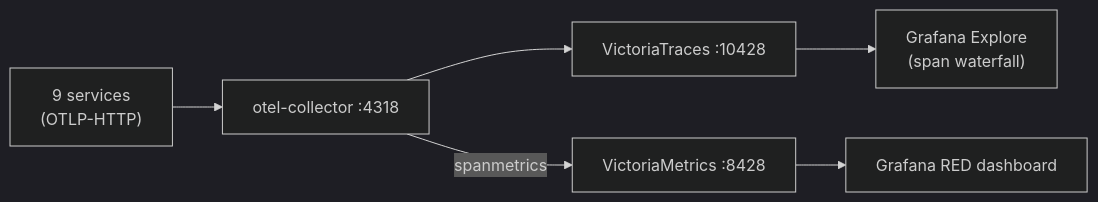
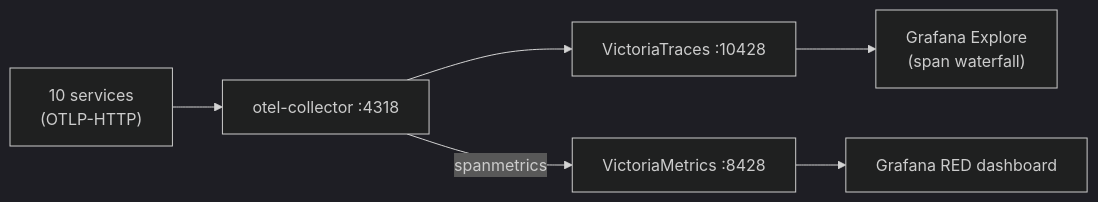
One commit to duynhlab/homelab changed the second of 2 diagrams in local-stack/README.md. Above: the diagram before and after it, drawn with Mermaid (dark theme). The commit also changed other lines of this file and 16 other files, not shown here.

````diff
--- a/local-stack/README.md
+++ b/local-stack/README.md
@@ -234,8 +270,8 @@
 ```mermaid
 flowchart LR
-    SVC["9 services<br/>(OTLP-HTTP)"] --> COL["otel-collector :4318"]
+    SVC["10 services<br/>(OTLP-HTTP)"] --> COL["otel-collector :4318"]
     COL --> VT["VictoriaTraces :10428"]
     COL -->|"spanmetrics"| VM["VictoriaMetrics :8428"]
     VT --> EXP["Grafana Explore<br/>(span waterfall)"]
     VM --> RED["Grafana RED dashboard"]
 ```
````
